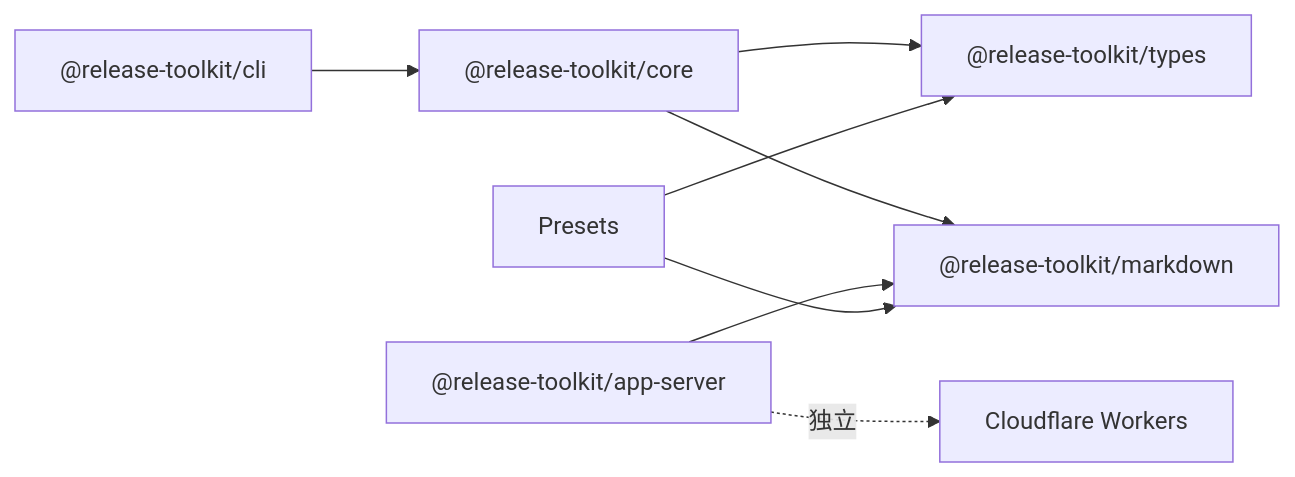
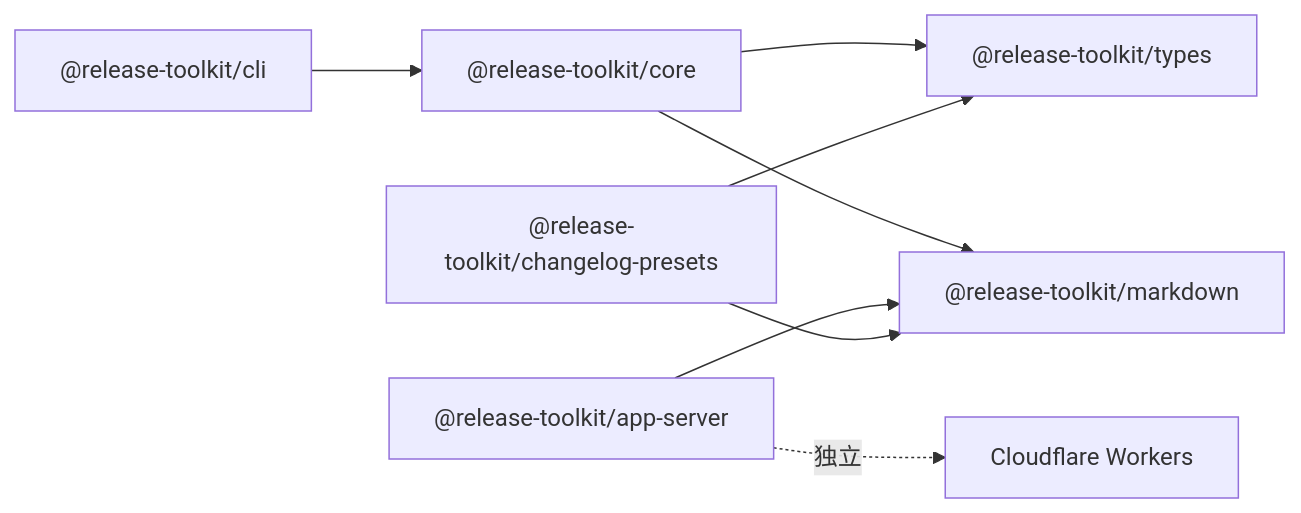
One commit to release-toolkit/release-toolkit changed the third of 3 diagrams in README.md. Above: the diagram before and after it, drawn with Mermaid. The commit also changed 29 other files, not shown here.

Commit message:
feat(app-server): 支持从 PR 评论提取日志并替换 Octokit

````diff
--- a/README.md
+++ b/README.md
@@ -118,10 +118,10 @@
 ```mermaid
 graph LR
     CLI["@release-toolkit/cli"] --> Core["@release-toolkit/core"]
     Core --> Types["@release-toolkit/types"]
     Core --> Markdown["@release-toolkit/markdown"]
-    AppServer --> Markdown
-    Presets --> Types
+    AppServer["@release-toolkit/app-server"] --> Markdown
+    Presets["@release-toolkit/changelog-presets"] --> Types
     Presets --> Markdown
-    AppServer["@release-toolkit/app-server"] -.->|独立| Env[Cloudflare Workers]
+    AppServer -.->|独立| Env[Cloudflare Workers]
 ```
````
